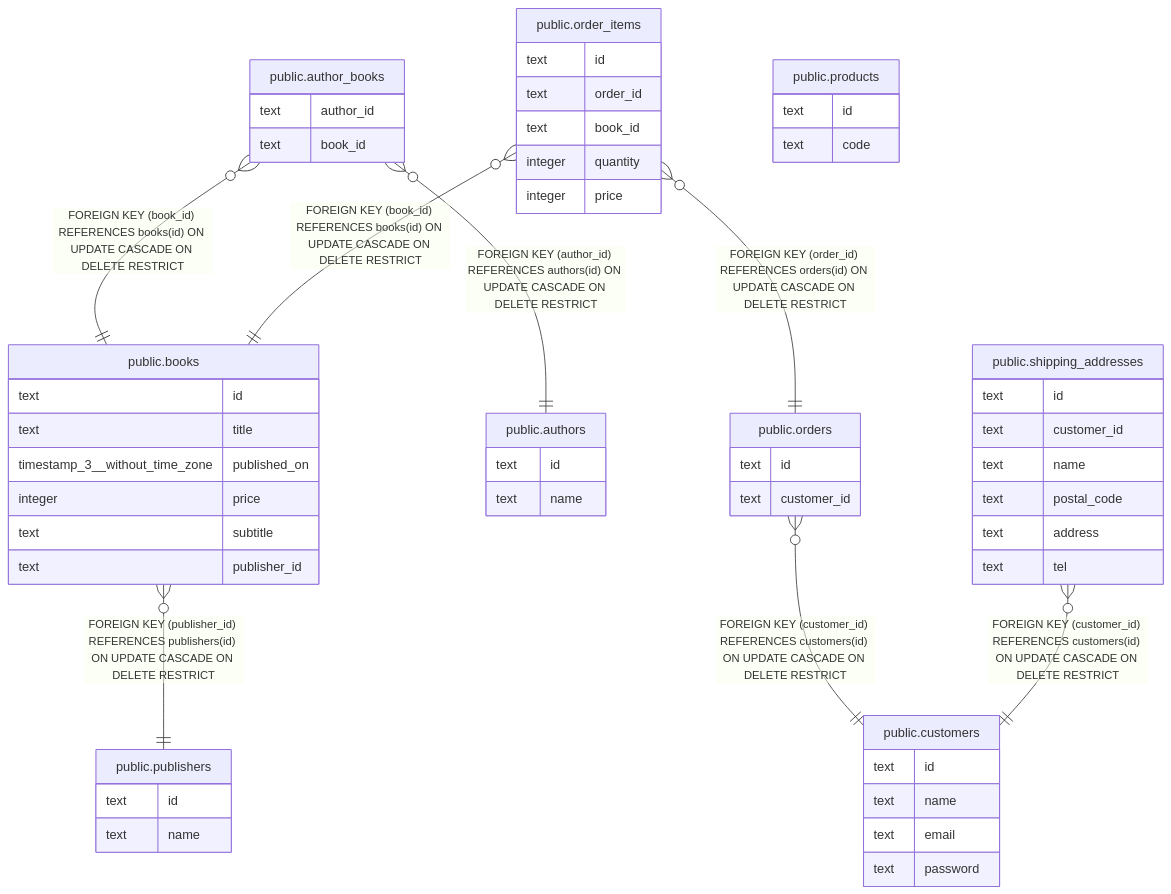
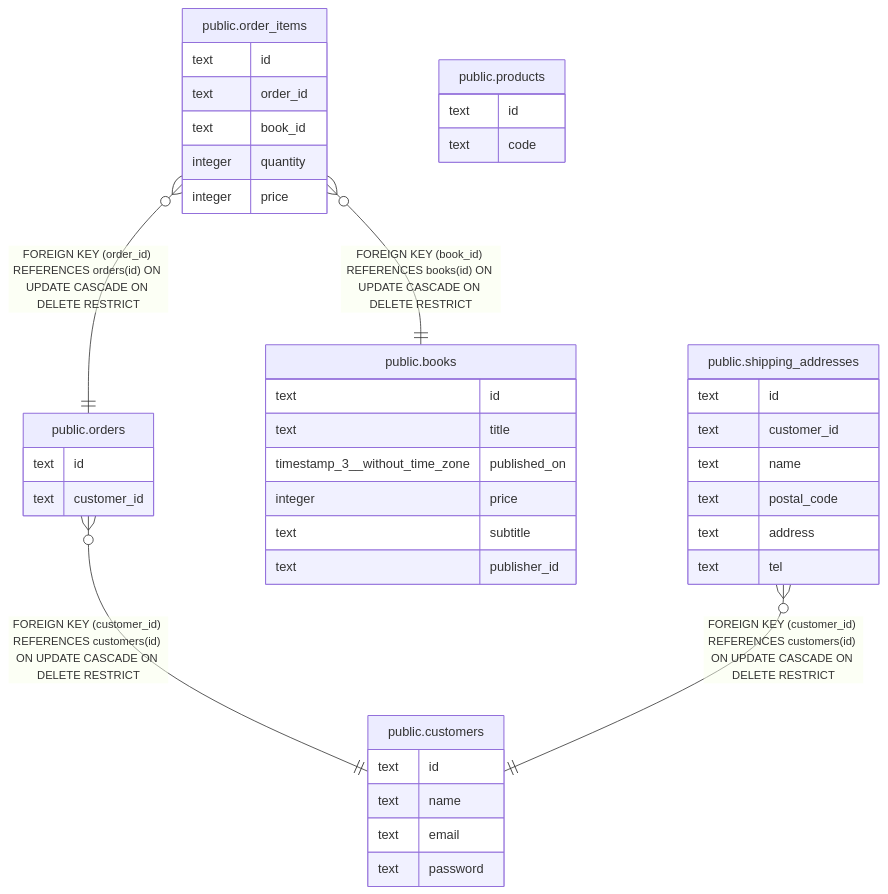
The diagram in docs/viewpoint-3.md (majimaccho/prisma-tbls), drawn with Mermaid before and after one commit. The commit also changed other lines of this file and 15 other files, not shown here.

````diff
--- a/docs/viewpoint-3.md
+++ b/docs/viewpoint-3.md
@@ -23,61 +20,46 @@
 ```mermaid
 erDiagram
 
-"public.books" }o--|| "public.publishers" : "FOREIGN KEY (publisher_id) REFERENCES publishers(id) ON UPDATE CASCADE ON DELETE RESTRICT"
-"public.author_books" }o--|| "public.books" : "FOREIGN KEY (book_id) REFERENCES books(id) ON UPDATE CASCADE ON DELETE RESTRICT"
-"public.author_books" }o--|| "public.authors" : "FOREIGN KEY (author_id) REFERENCES authors(id) ON UPDATE CASCADE ON DELETE RESTRICT"
 "public.orders" }o--|| "public.customers" : "FOREIGN KEY (customer_id) REFERENCES customers(id) ON UPDATE CASCADE ON DELETE RESTRICT"
 "public.order_items" }o--|| "public.books" : "FOREIGN KEY (book_id) REFERENCES books(id) ON UPDATE CASCADE ON DELETE RESTRICT"
 "public.order_items" }o--|| "public.orders" : "FOREIGN KEY (order_id) REFERENCES orders(id) ON UPDATE CASCADE ON DELETE RESTRICT"
 "public.shipping_addresses" }o--|| "public.customers" : "FOREIGN KEY (customer_id) REFERENCES customers(id) ON UPDATE CASCADE ON DELETE RESTRICT"
 
 "public.products" {
   text id
   text code
 }
 "public.books" {
   text id
   text title
   timestamp_3__without_time_zone published_on
   integer price
   text subtitle
   text publisher_id
-}
-"public.publishers" {
-  text id
-  text name
-}
-"public.authors" {
-  text id
-  text name
-}
-"public.author_books" {
-  text author_id
-  text book_id
 }
 "public.customers" {
   text id
   text name
   text email
   text password
 }
 "public.orders" {
   text id
   text customer_id
 }
 "public.order_items" {
   text id
   text order_id
   text book_id
   integer quantity
   integer price
 }
 "public.shipping_addresses" {
   text id
   text customer_id
   text name
   text postal_code
   text address
   text tel
 }
 ```
````
